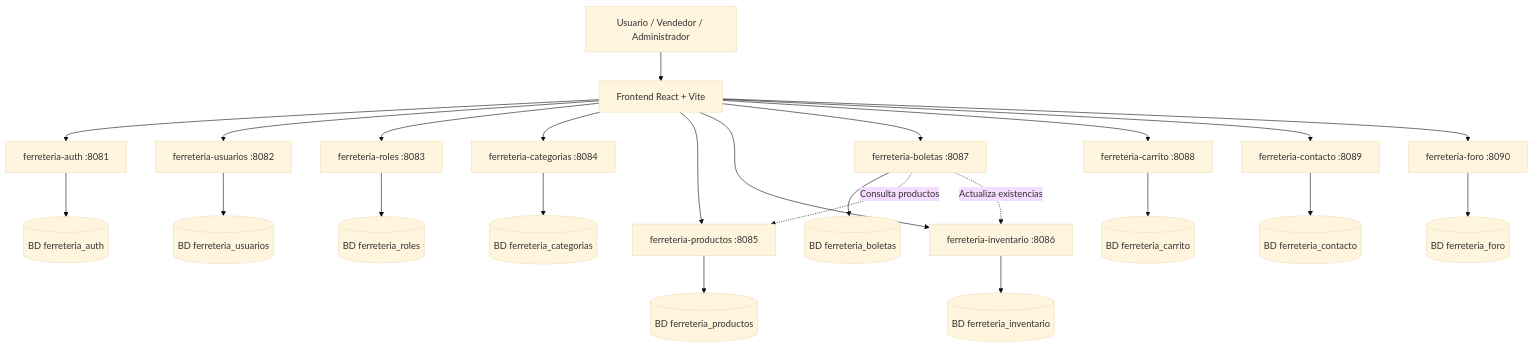
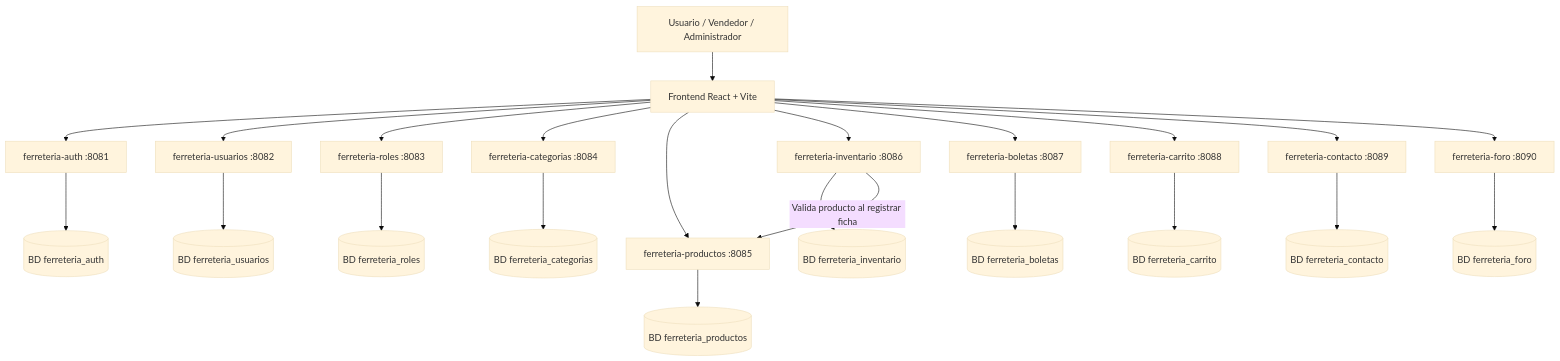
Before and after one commit to kevishowardgonzalez/ferreteria-backend: the first of 4 diagrams in README.md, drawn with Mermaid (base theme). The commit also changed other lines of this file and 8 other files, not shown here.

````diff
--- a/README.md
+++ b/README.md
@@ -60,29 +60,28 @@
 ```mermaid
 flowchart TD
     U[Usuario / Vendedor / Administrador] --> F[Frontend React + Vite]
 
     F --> A[ferreteria-auth :8081]
     F --> B[ferreteria-usuarios :8082]
     F --> C[ferreteria-roles :8083]
     F --> D[ferreteria-categorias :8084]
     F --> E[ferreteria-productos :8085]
     F --> G[ferreteria-inventario :8086]
     F --> H[ferreteria-boletas :8087]
     F --> I[ferreteria-carrito :8088]
     F --> J[ferreteria-contacto :8089]
     F --> K[ferreteria-foro :8090]
 
     A --> DA[(BD ferreteria_auth)]
     B --> DB[(BD ferreteria_usuarios)]
     C --> DC[(BD ferreteria_roles)]
     D --> DD[(BD ferreteria_categorias)]
     E --> DE[(BD ferreteria_productos)]
     G --> DG[(BD ferreteria_inventario)]
     H --> DH[(BD ferreteria_boletas)]
     I --> DI[(BD ferreteria_carrito)]
     J --> DJ[(BD ferreteria_contacto)]
     K --> DK[(BD ferreteria_foro)]
 
-    H -. Consulta productos .-> E
-    H -. Actualiza existencias .-> G
+    G -->|Valida producto al registrar ficha| E
 ```
````
